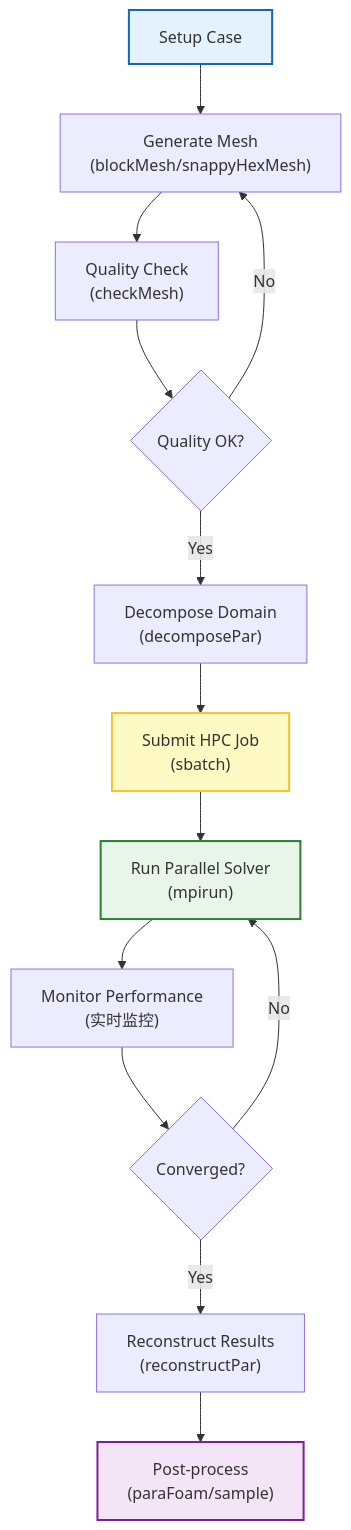
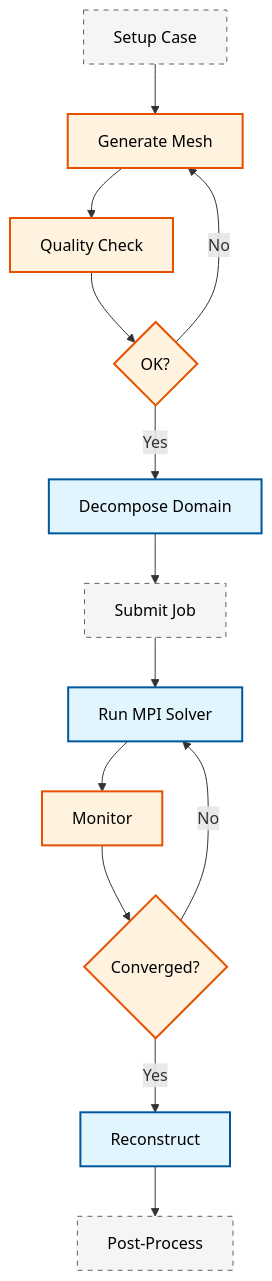
The second of 2 diagrams in MODULE_07_UTILITIES_AUTOMATION/CONTENT/06_PARALLEL_COMPUTING/04_HPC_Integration.md (wramet/build-my-cfd), drawn with Mermaid before and after one commit. The commit also changed other lines of this file and 313 other files, not shown here.

Commit message:
Revise all diagram

````diff
--- a/MODULE_07_UTILITIES_AUTOMATION/CONTENT/06_PARALLEL_COMPUTING/04_HPC_Integration.md
+++ b/MODULE_07_UTILITIES_AUTOMATION/CONTENT/06_PARALLEL_COMPUTING/04_HPC_Integration.md
@@ -785,20 +779,18 @@
 ```mermaid
 flowchart TD
-    A["Setup Case"] --> B["Generate Mesh<br/>(blockMesh/snappyHexMesh)"]
-    B --> C["Quality Check<br/>(checkMesh)"]
-    C --> D{Quality OK?}
-    D -->|No| B
-    D -->|Yes| E["Decompose Domain<br/>(decomposePar)"]
-    E --> F["Submit HPC Job<br/>(sbatch)"]
-    F --> G["Run Parallel Solver<br/>(mpirun)"]
-    G --> H["Monitor Performance<br/>(实时监控)"]
-    H --> I{Converged?}
-    I -->|No| G
-    I -->|Yes| J["Reconstruct Results<br/>(reconstructPar)"]
-    J --> K["Post-process<br/>(paraFoam/sample)"]
-
-    style A fill:#e3f2fd,stroke:#1565c0,stroke-width:2px
-    style F fill:#fff9c4,stroke:#fbc02d,stroke-width:2px
-    style G fill:#e8f5e9,stroke:#2e7d32,stroke-width:2px
-    style K fill:#f3e5f5,stroke:#7b1fa2,stroke-width:2px
+classDef implicit fill:#e1f5fe,stroke:#01579b,stroke-width:2px,color:#000
+classDef explicit fill:#fff3e0,stroke:#e65100,stroke-width:2px,color:#000
+classDef context fill:#f5f5f5,stroke:#616161,stroke-width:1px,color:#000,stroke-dasharray: 5 5
+A[Setup Case]:::context --> B[Generate Mesh]:::explicit
+B --> C[Quality Check]:::explicit
+C --> D{OK?}:::explicit
+D -->|No| B
+D -->|Yes| E[Decompose Domain]:::implicit
+E --> F[Submit Job]:::context
+F --> G[Run MPI Solver]:::implicit
+G --> H[Monitor]:::explicit
+H --> I{Converged?}:::explicit
+I -->|No| G
+I -->|Yes| J[Reconstruct]:::implicit
+J --> K[Post-Process]:::context
 ```
````
